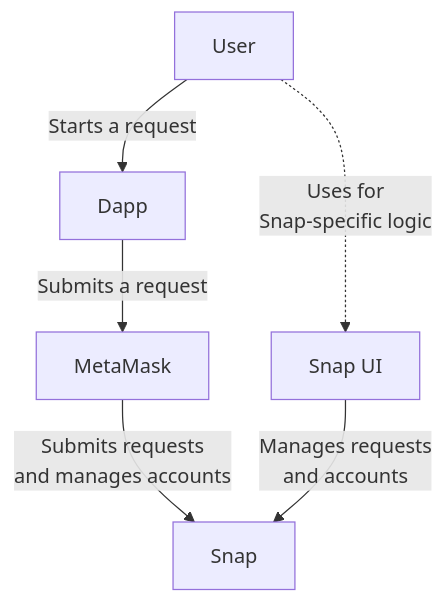
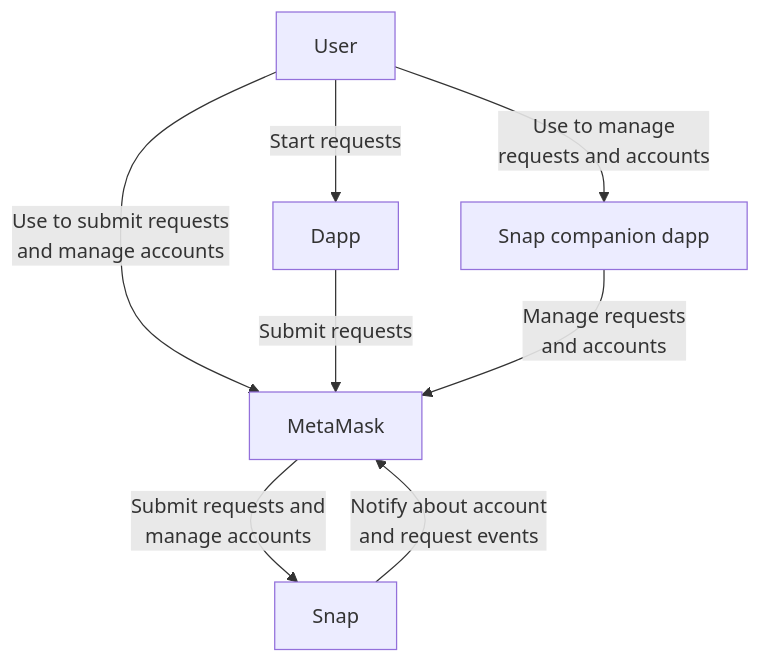
The first of 5 diagrams in snaps/concepts/keyring-api.md (MetaMask/metamask-docs), drawn with Mermaid before and after one commit. The commit also changed other lines of this file and 12 other files, not shown here.

````diff
--- a/snaps/concepts/keyring-api.md
+++ b/snaps/concepts/keyring-api.md
@@ -50,8 +53,10 @@
 ```mermaid
 graph TD
-  User -->|Starts a request| Dapp
-  Dapp -->|Submits a request| MetaMask
-  MetaMask -->|Submits requests<br/>and manages accounts| Snap
-  Site[Snap UI] -->|Manages requests<br/>and accounts| Snap
-  User -.->|Uses for<br/>Snap-specific logic| Site
+  User -->|Use to submit requests<br/>and manage accounts| MetaMask
+  User -->|Start requests| Dapp
+  User -->|Use to manage<br/>requests and accounts| Site
+  Dapp -->|Submit requests| MetaMask
+  Site[Snap companion dapp] -->|Manage requests<br/>and accounts| MetaMask
+  MetaMask -->|Submit requests and<br/>manage accounts| Snap
+  Snap -->|Notify about account<br/>and request events| MetaMask
 ```
````
